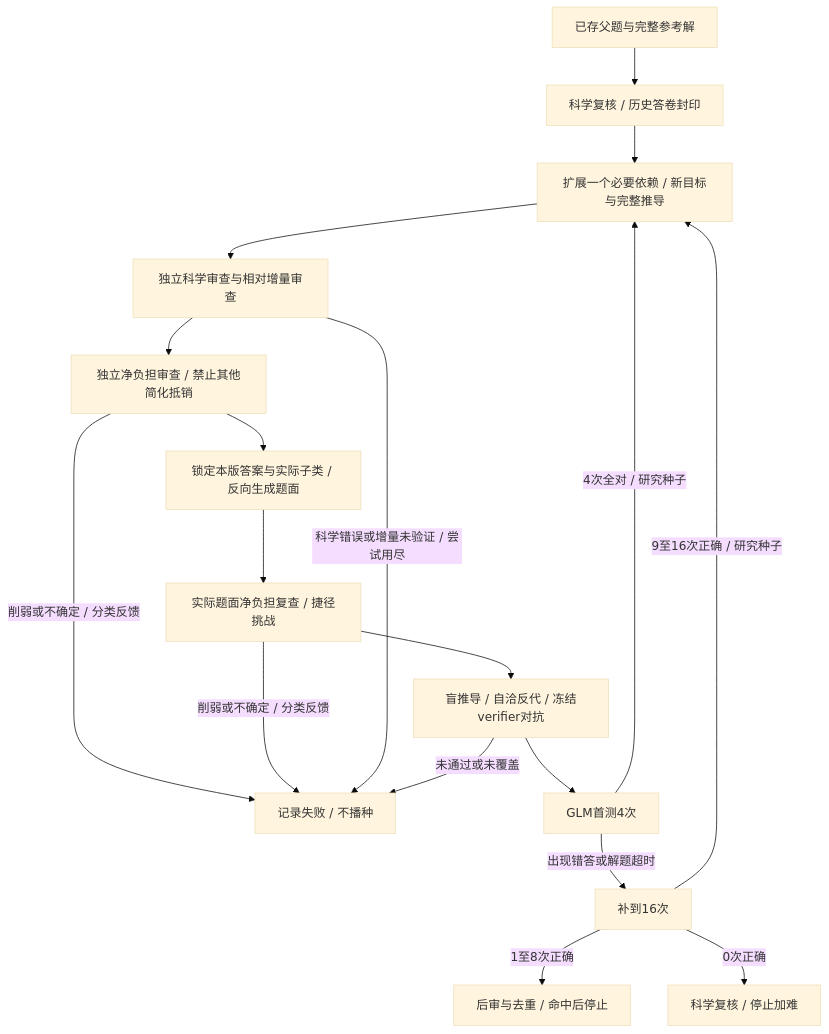
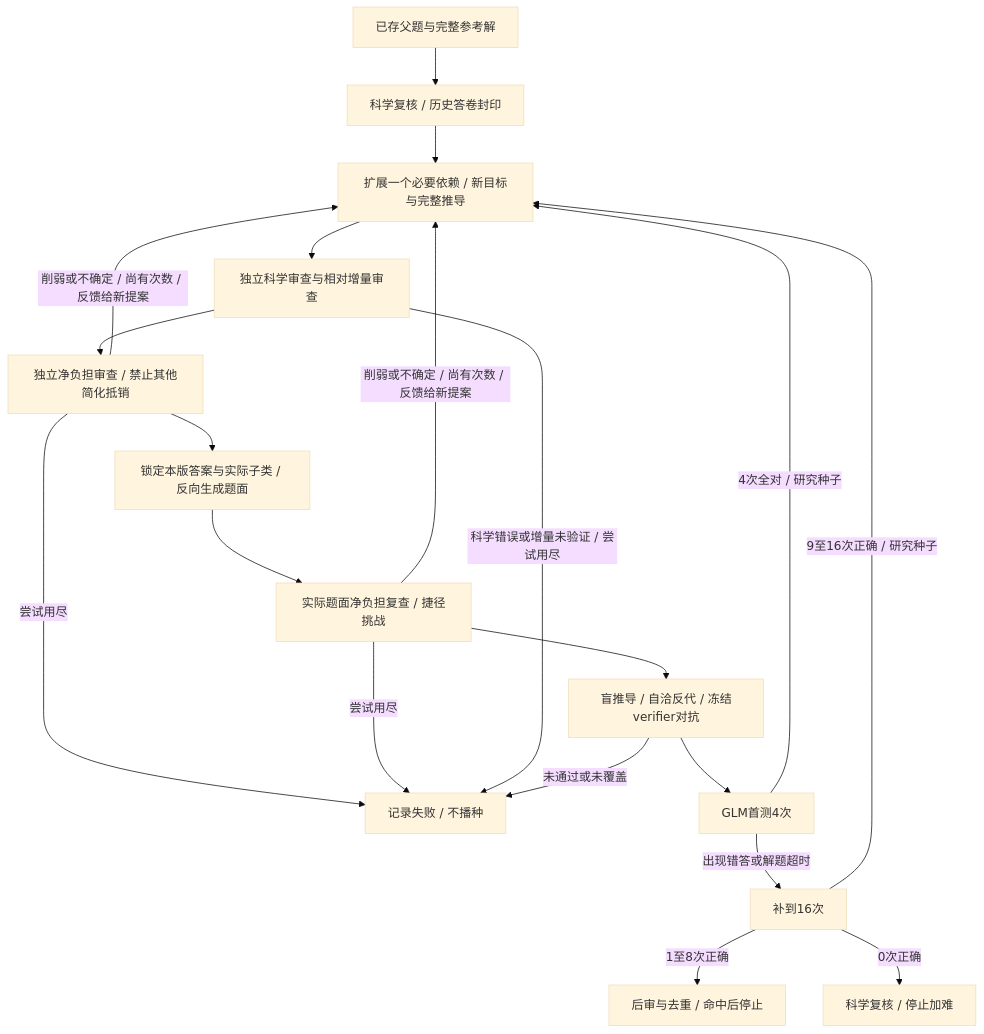
The diagram in docs/rst-curriculum.md (SoTALab-ai/rst-hle), drawn with Mermaid (base theme) before and after one commit. The commit also changed other lines of this file and 3 other files, not shown here.

````diff
--- a/docs/rst-curriculum.md
+++ b/docs/rst-curriculum.md
@@ -9,20 +9,22 @@
 ```mermaid
 flowchart TD
     A[已存父题与完整参考解] --> B[科学复核 / 历史答卷封印]
     B --> C[扩展一个必要依赖 / 新目标与完整推导]
     C --> D[独立科学审查与相对增量审查]
     D --> D2[独立净负担审查 / 禁止其他简化抵销]
     D2 --> E[锁定本版答案与实际子类 / 反向生成题面]
     E --> E2[实际题面净负担复查 / 捷径挑战]
     E2 --> F[盲推导 / 自洽反代 / 冻结verifier对抗]
-    D2 -->|削弱或不确定 / 分类反馈| K
-    E2 -->|削弱或不确定 / 分类反馈| K
+    D2 -->|削弱或不确定 / 尚有次数 / 反馈给新提案| C
+    E2 -->|削弱或不确定 / 尚有次数 / 反馈给新提案| C
+    D2 -->|尝试用尽| K
+    E2 -->|尝试用尽| K
     F --> G[GLM首测4次]
     G -->|4次全对 / 研究种子| C
     G -->|出现错答或解题超时| H[补到16次]
     H -->|9至16次正确 / 研究种子| C
     H -->|1至8次正确| I[后审与去重 / 命中后停止]
     H -->|0次正确| J[科学复核 / 停止加难]
     D -->|科学错误或增量未验证 / 尝试用尽| K[记录失败 / 不播种]
     F -->|未通过或未覆盖| K
 ```
````
